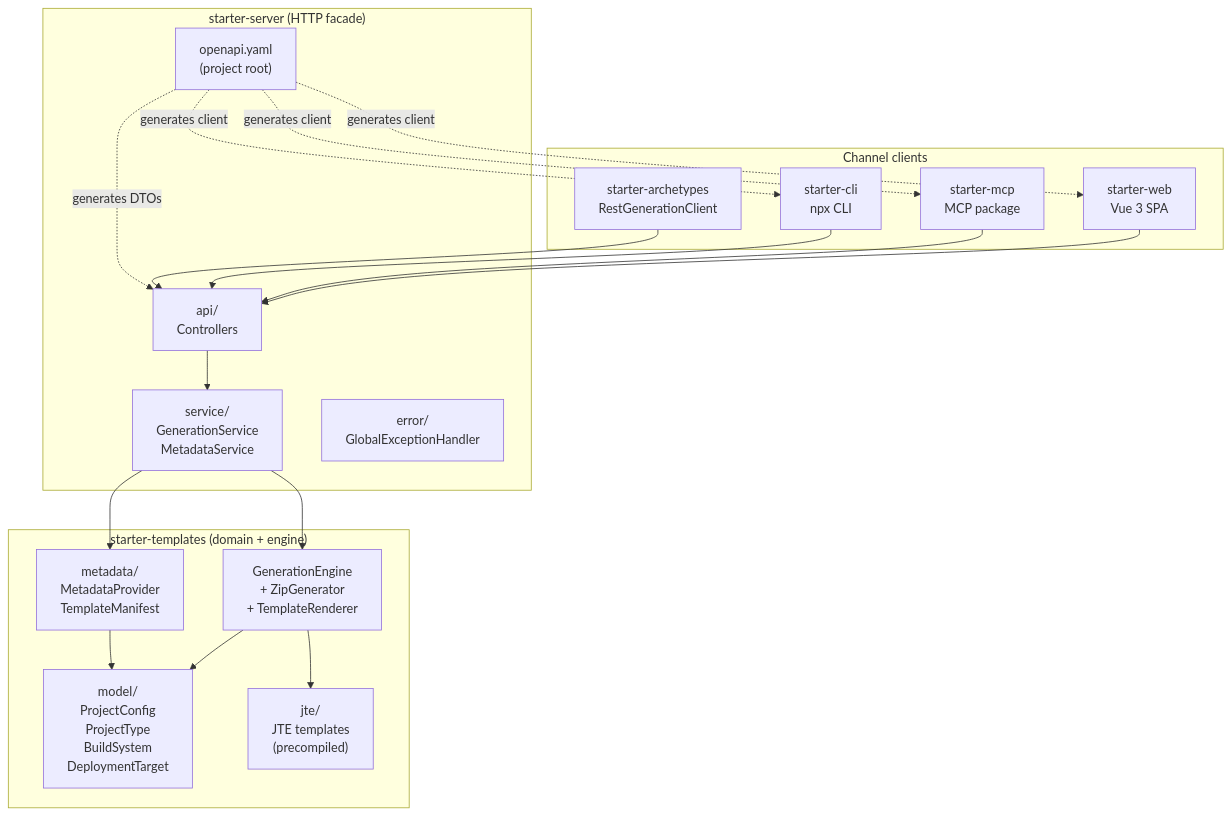
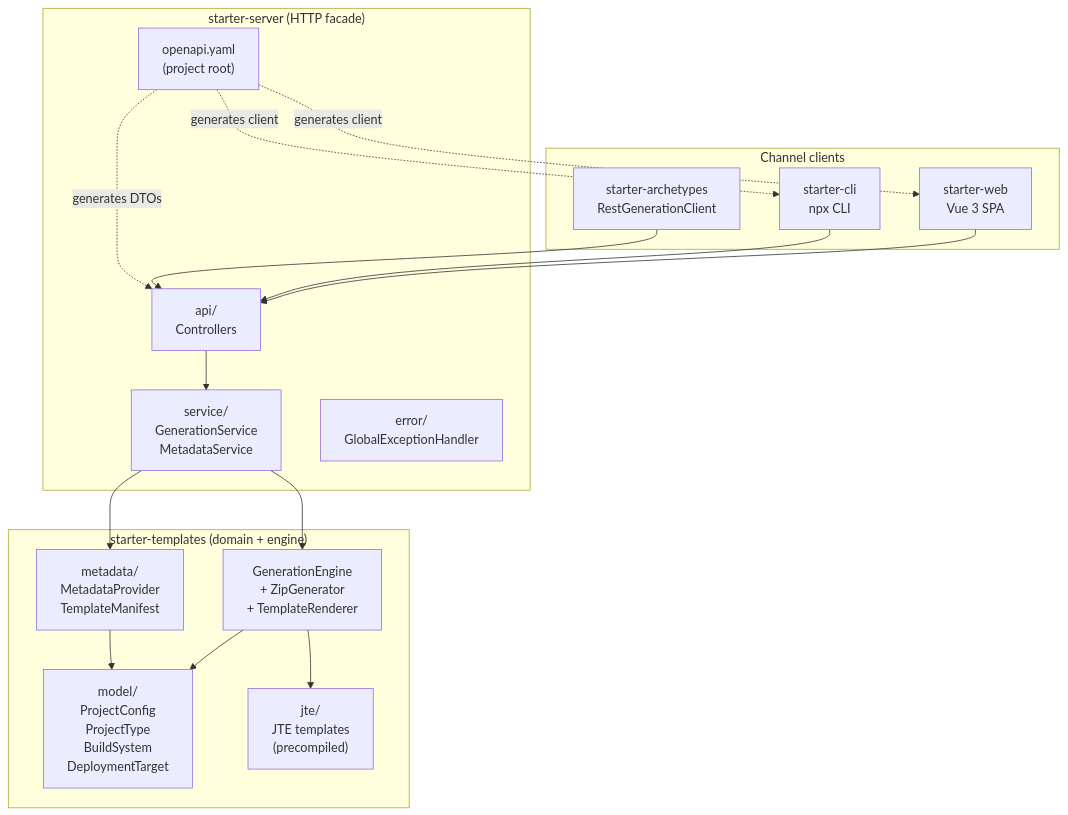
The diagram in docs/arc42/05-building-block-view.md (operaton/operaton-starter), drawn with Mermaid before and after one commit. The commit also changed other lines of this file and 37 other files, not shown here.

````diff
--- a/docs/arc42/05-building-block-view.md
+++ b/docs/arc42/05-building-block-view.md
@@ -5,40 +5,37 @@
 ```mermaid
 flowchart TD
     subgraph templates["starter-templates (domain + engine)"]
         MODEL["model/\nProjectConfig\nProjectType\nBuildSystem\nDeploymentTarget"]
         ENGINE["GenerationEngine\n+ ZipGenerator\n+ TemplateRenderer"]
         JTE["jte/\nJTE templates\n(precompiled)"]
         META["metadata/\nMetadataProvider\nTemplateManifest"]
     end
 
     subgraph server["starter-server (HTTP facade)"]
         CTRL["api/\nControllers"]
         SVC["service/\nGenerationService\nMetadataService"]
         ERR["error/\nGlobalExceptionHandler"]
         SPEC["openapi.yaml\n(project root)"]
     end
 
     subgraph clients["Channel clients"]
         WEB["starter-web\nVue 3 SPA"]
-        MCP["starter-mcp\nMCP package"]
         CLI["starter-cli\nnpx CLI"]
         ARCH["starter-archetypes\nRestGenerationClient"]
     end
 
     CTRL --> SVC
     SVC --> ENGINE
     SVC --> META
     ENGINE --> JTE
     ENGINE --> MODEL
     META --> MODEL
 
     WEB --> CTRL
-    MCP --> CTRL
     CLI --> CTRL
     ARCH --> CTRL
 
     SPEC -.->|generates DTOs| CTRL
     SPEC -.->|generates client| WEB
-    SPEC -.->|generates client| MCP
     SPEC -.->|generates client| CLI
 ```
````
